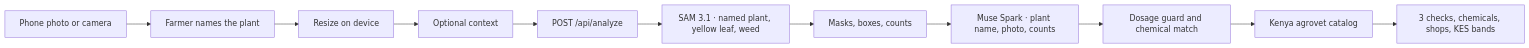
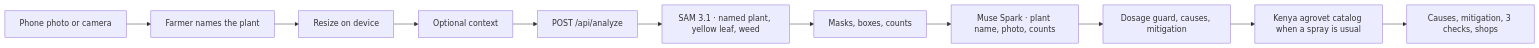
One commit to benweru/BedSense changed the diagram in docs/development.md. Above: the diagram before and after it, drawn with Mermaid. The commit also changed other lines of this file and 13 other files, not shown here.

First line of the commit message:
Show likely causes and mitigation while a check runs (#7)

````diff
--- a/docs/development.md
+++ b/docs/development.md
@@ -42,13 +42,13 @@
 ```mermaid
 flowchart LR
   phone[Phone photo or camera] --> name[Farmer names the plant]
   name --> resize[Resize on device]
   resize --> context[Optional context]
   context --> api["POST /api/analyze"]
   api --> sam["SAM 3.1 · named plant, yellow leaf, weed"]
   sam --> marks[Masks, boxes, counts]
   marks --> muse["Muse Spark · plant name, photo, counts"]
-  muse --> guard[Dosage guard and chemical match]
-  guard --> catalog[Kenya agrovet catalog]
-  catalog --> ui[3 checks, chemicals, shops, KES bands]
+  muse --> guard[Dosage guard, causes, mitigation]
+  guard --> catalog[Kenya agrovet catalog when a spray is usual]
+  catalog --> ui[Causes, mitigation, 3 checks, shops]
 ```
````
